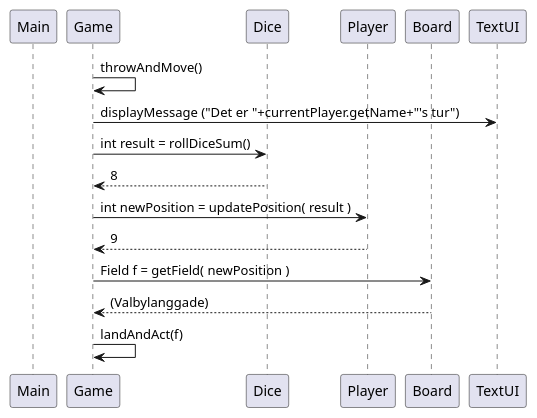
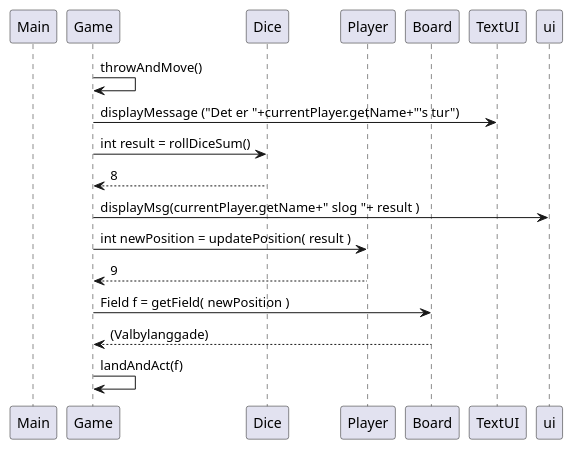
Before and after one commit to Dat1Cphbusiness/MonopolyE24: the diagram in doc/Plan/dynamic/sequence_uc3_throwAndMove.puml, drawn with PlantUML. The commit also changed 8 other files, not shown here.

```diff
--- a/doc/Plan/dynamic/sequence_uc3_throwAndMove.puml
+++ b/doc/Plan/dynamic/sequence_uc3_throwAndMove.puml
@@ -1,21 +1,22 @@
 @startuml
 
 participant Main as main
 participant Game as game
 participant Dice as dice
 participant Player as player
 participant Board as board
 
 game -> game : throwAndMove()
 
-
 game -> TextUI : displayMessage ("Det er "+currentPlayer.getName+"'s tur")
 game -> dice : int result = rollDiceSum()
 dice --> game : 8
+game -> ui : displayMsg(currentPlayer.getName+" slog "+ result )
+
 game -> player: int newPosition = updatePosition( result )
 player --> game : 9
 game -> board : Field f = getField( newPosition )
 board --> game : (Valbylanggade)
 game -> game : landAndAct(f)
 
 @enduml
```
